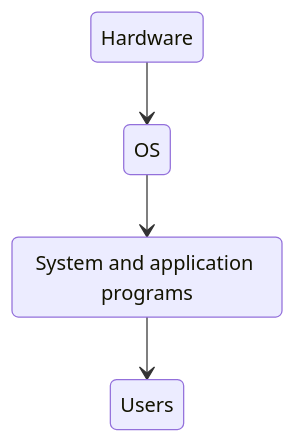
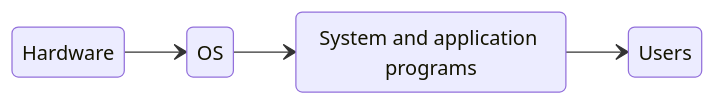
Before and after one commit to angelromarco04/MyNotes: the diagram in CS/OS/tmp/Untitled.md, drawn with Mermaid. The commit also changed other lines of this file, not shown here.

````diff
--- a/CS/OS/tmp/Untitled.md
+++ b/CS/OS/tmp/Untitled.md
@@ -54,12 +54,13 @@
 ```mermaid
 stateDiagram
+	direction LR
 
 	s1 : Hardware
 	s2 : OS
 	s3 : System and application programs
 	s4 : Users
 	
 	s1 --> s2
 	s2 --> s3
 	s3 --> s4
 ```
````
